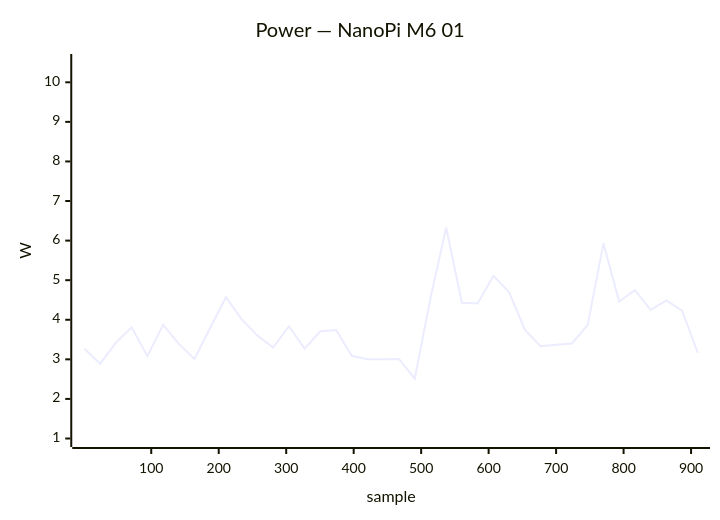
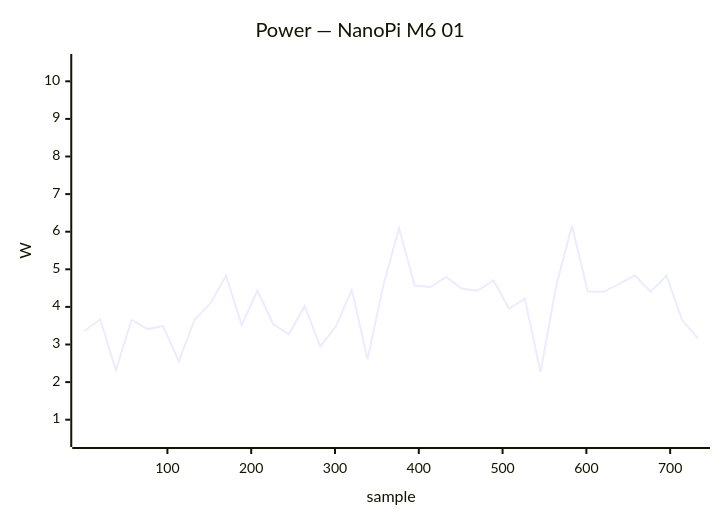
Diagram 18 of 35 in docs/status/board-tests.md (armbian/documentation), drawn with Mermaid before and after one commit. The commit also changed other lines of this file, not shown here.

````diff
--- a/docs/status/board-tests.md
+++ b/docs/status/board-tests.md
@@ -891,7 +915,7 @@
 ```mermaid
 xychart-beta
     title "Power — NanoPi M6 01"
-    x-axis "sample" 1 --> 910
-    y-axis "W" 1.0 --> 10.5
-    line [3.27, 2.89, 3.42, 3.81, 3.08, 3.87, 3.39, 3.01, 3.80, 4.57, 4.01, 3.60, 3.30, 3.84, 3.27, 3.71, 3.74, 3.09, 3.00, 3.00, 3.01, 2.51, 4.54, 6.33, 4.43, 4.41, 5.11, 4.70, 3.75, 3.33, 3.37, 3.40, 3.87, 5.93, 4.46, 4.75, 4.25, 4.49, 4.23, 3.16]
+    x-axis "sample" 1 --> 733
+    y-axis "W" 0.5 --> 10.5
+    line [3.36, 3.67, 2.32, 3.66, 3.41, 3.49, 2.55, 3.66, 4.09, 4.83, 3.52, 4.43, 3.54, 3.27, 4.02, 2.95, 3.49, 4.46, 2.61, 4.56, 6.09, 4.57, 4.53, 4.80, 4.48, 4.43, 4.71, 3.95, 4.22, 2.27, 4.57, 6.16, 4.41, 4.40, 4.61, 4.84, 4.40, 4.83, 3.65, 3.17]
 ```
````
